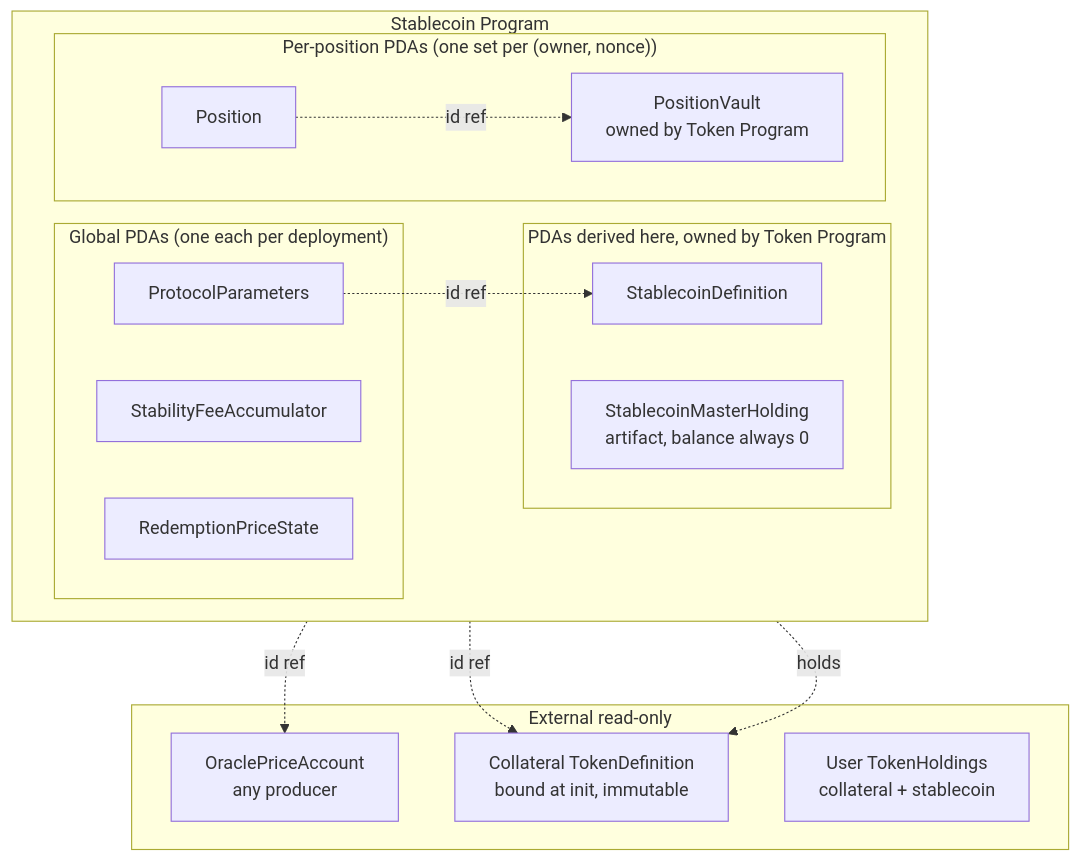
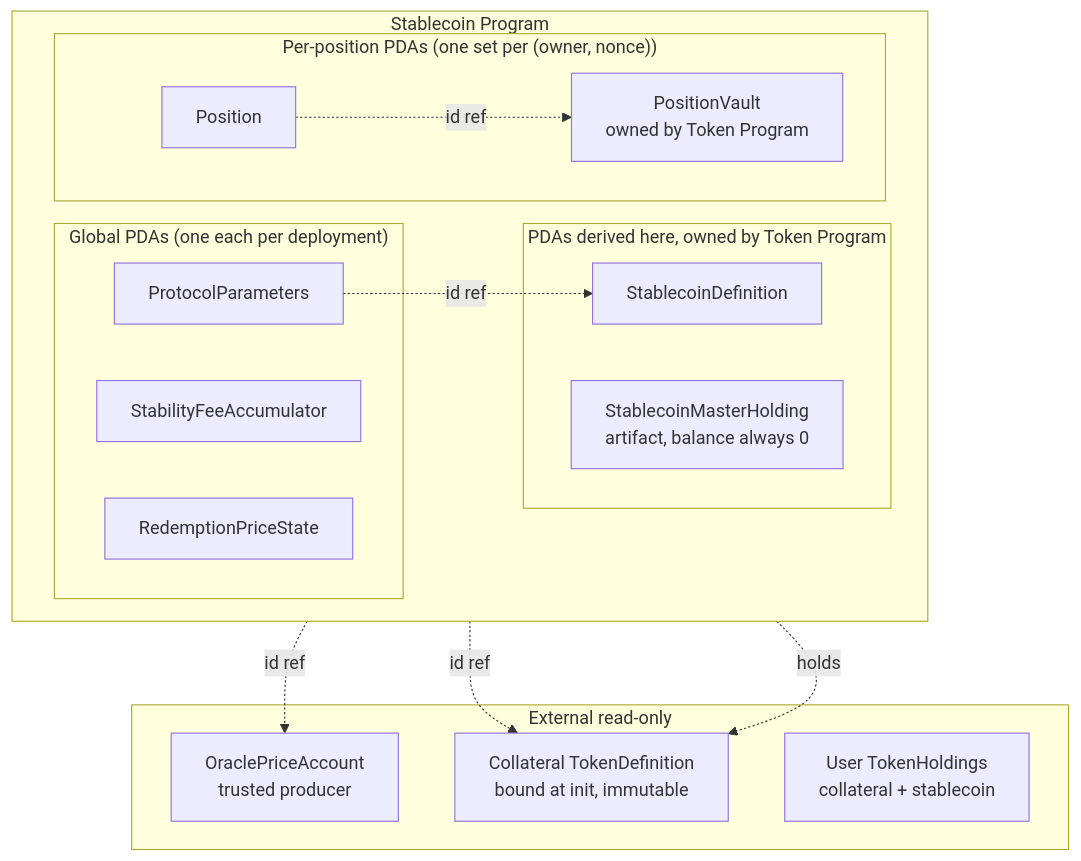
The first of 15 diagrams in docs/stablecoin/README.md (logos-blockchain/lez-programs), drawn with Mermaid before and after one commit. The commit also changed other lines of this file and 38 other files, not shown here.

````diff
--- a/docs/stablecoin/README.md
+++ b/docs/stablecoin/README.md
@@ -90,31 +90,31 @@
 ```mermaid
 flowchart TB
     subgraph SP["Stablecoin Program"]
         direction LR
         subgraph SPG["Global PDAs (one each per deployment)"]
             PP[ProtocolParameters]
             SFA[StabilityFeeAccumulator]
             RPS[RedemptionPriceState]
         end
         subgraph SPT["PDAs derived here, owned by Token Program"]
             SD[StablecoinDefinition]
             SMH[StablecoinMasterHolding<br/>artifact, balance always 0]
         end
         subgraph SPP["Per-position PDAs (one set per (owner, nonce))"]
             Pos[Position]
             Vault[PositionVault<br/>owned by Token Program]
         end
     end
 
     subgraph Ext["External read-only"]
-        Oracle[OraclePriceAccount<br/>any producer]
+        Oracle[OraclePriceAccount<br/>trusted producer]
         CollDef[Collateral TokenDefinition<br/>bound at init, immutable]
         UserHolds[User TokenHoldings<br/>collateral + stablecoin]
     end
 
     PP -. id ref .-> SD
     PP -. id ref .-> CollDef
     PP -. id ref .-> Oracle
     Pos -. id ref .-> Vault
     Vault -. holds .-> CollDef
 ```
````
